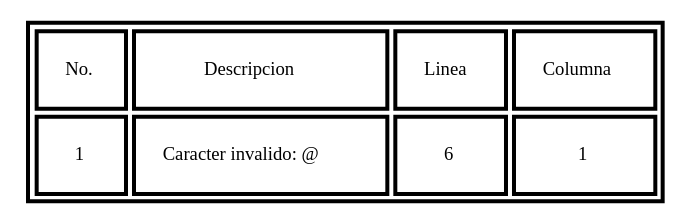
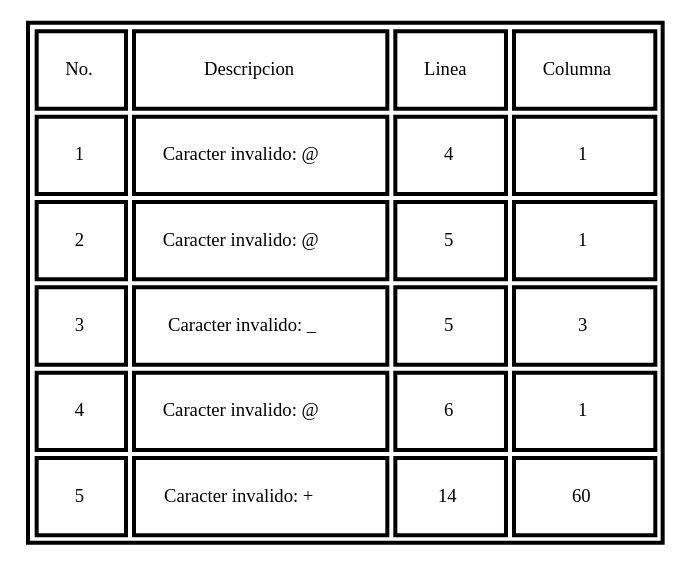
The diagram in errores.dot (kevinmp2/LFP_PROYECTO2_202103206), drawn with Graphviz before and after one commit. The commit also changed 12 other files, not shown here.

```diff
--- a/errores.dot
+++ b/errores.dot
@@ -1,1 +1,1 @@
-digraph G {a0[shape=none label=<<TABLE align="center" border="3" cellspacing="3" cellpadding="20"><TR><TD><FONT FACE="bold">No.</FONT></TD><TD><FONT FACE="bold">Descripcion</FONT></TD><TD><FONT FACE="bold">Linea</FONT></TD><TD><FONT FACE="bold">Columna</FONT></TD></TR><TR><TD>1</TD><TD>Caracter invalido: @</TD><TD>6</TD><TD>1</TD></TR></TABLE>>];}
+digraph G {a0[shape=none label=<<TABLE align="center" border="3" cellspacing="3" cellpadding="20"><TR><TD><FONT FACE="bold">No.</FONT></TD><TD><FONT FACE="bold">Descripcion</FONT></TD><TD><FONT FACE="bold">Linea</FONT></TD><TD><FONT FACE="bold">Columna</FONT></TD></TR><TR><TD>1</TD><TD>Caracter invalido: @</TD><TD>4</TD><TD>1</TD></TR><TR><TD>2</TD><TD>Caracter invalido: @</TD><TD>5</TD><TD>1</TD></TR><TR><TD>3</TD><TD>Caracter invalido: _</TD><TD>5</TD><TD>3</TD></TR><TR><TD>4</TD><TD>Caracter invalido: @</TD><TD>6</TD><TD>1</TD></TR><TR><TD>5</TD><TD>Caracter invalido: +</TD><TD>14</TD><TD>60</TD></TR></TABLE>>];}
```
